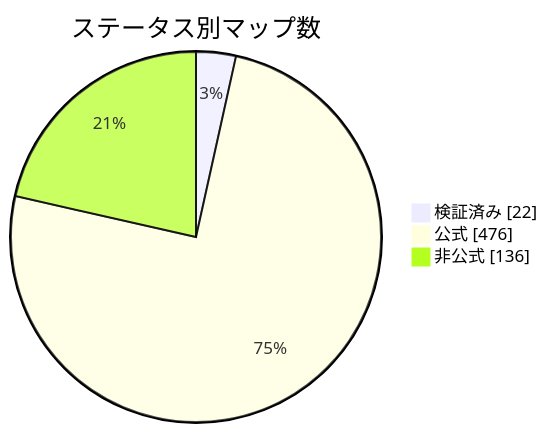
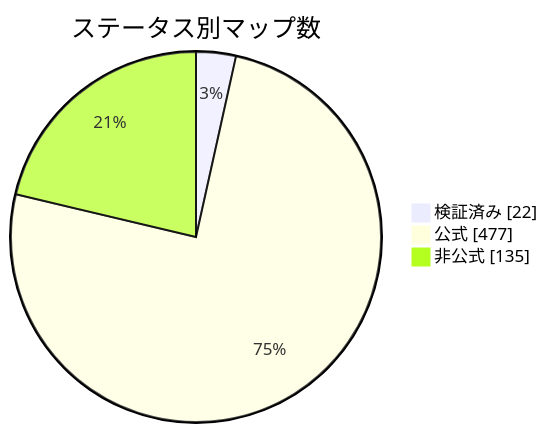
Before and after one commit to nobrega8/mbmap-library: the diagram in docs/readme/README_JP.md, drawn with Mermaid. The commit also changed 8 other files, not shown here.

````diff
--- a/docs/readme/README_JP.md
+++ b/docs/readme/README_JP.md
@@ -54,7 +54,7 @@
 ```mermaid
 pie showData
     title ステータス別マップ数
     "検証済み" : 22
-    "公式" : 476
-    "非公式" : 136
+    "公式" : 477
+    "非公式" : 135
 ```
````
